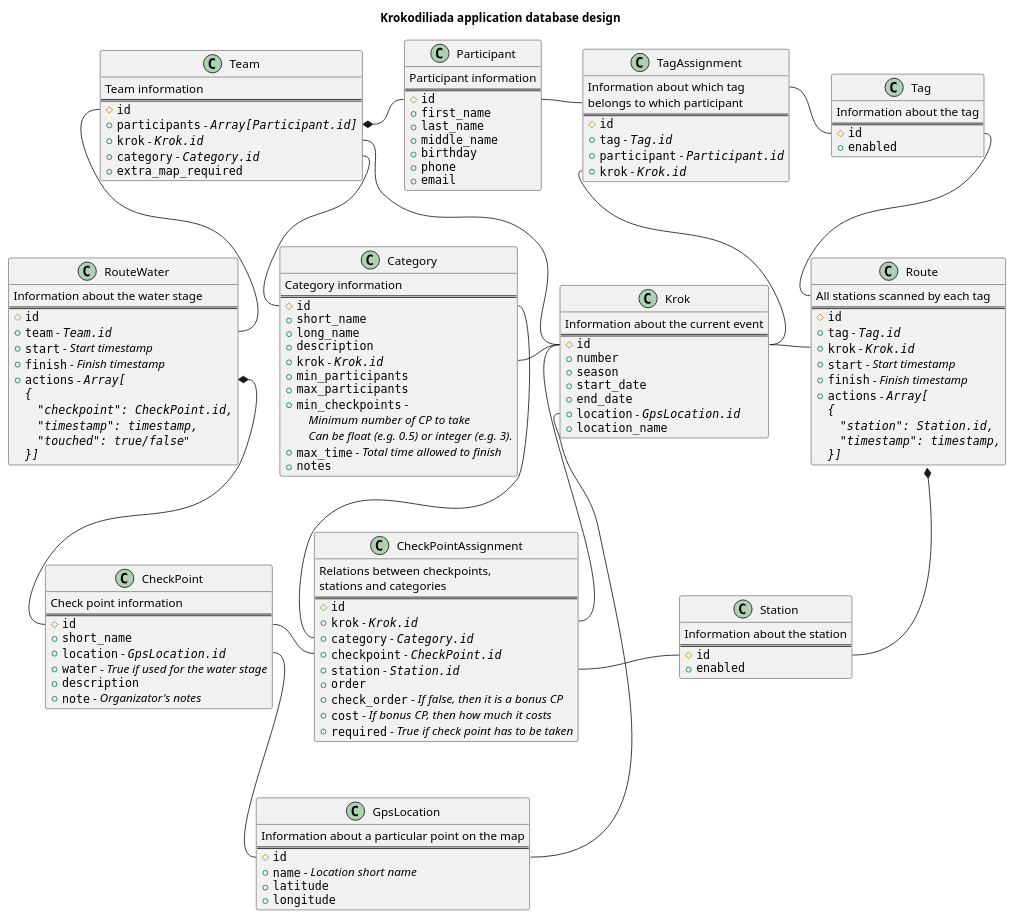
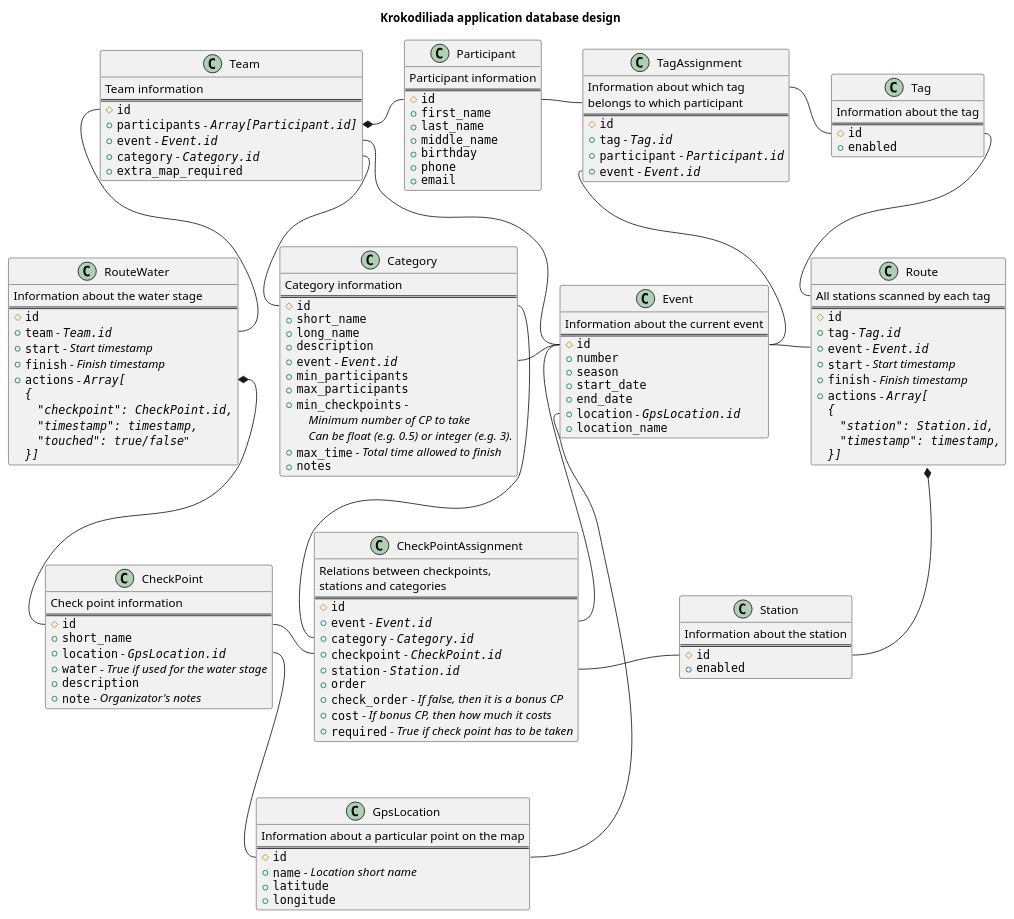
The diagram in schema/schema.puml (krokodiliada/krokapi), drawn with PlantUML before and after one commit. The commit also changed 32 other files, not shown here.

First line of the commit message:
For generalization purposes, rename all 'krok' mentions with event (#6)

```diff
--- a/schema/schema.puml
+++ b/schema/schema.puml
@@ -1,166 +1,166 @@
 @startuml
 
 title Krokodiliada application database design
 
 ' skinparam linetype ortho
 
 class Participant {
   Participant information
   ==
   #""id""
   +""first_name""
   +""last_name""
   +""middle_name""
   +""birthday""
   +""phone""
   +""email""
 }
 
 class Team {
   Team information
   ==
   #""id""
   +""participants"" - //""Array[Participant.id]""//
-  +""krok"" - //""Krok.id""//
+  +""event"" - //""Event.id""//
   +""category"" - //""Category.id""//
   +""extra_map_required""
 }
 
-class Krok {
+class Event {
   Information about the current event
   ==
   #""id""
   +""number""
   +""season""
   +""start_date""
   +""end_date""
   +""location"" - //""GpsLocation.id""//
   +""location_name""
 }
 
 class Category {
   Category information
   ==
   #""id""
   +""short_name""
   +""long_name""
   +""description""
-  +""krok"" - //""Krok.id""//
+  +""event"" - //""Event.id""//
   +""min_participants""
   +""max_participants""
   +""min_checkpoints"" -
   //    Minimum number of CP to take//
   //    Can be float (e.g. 0.5) or integer (e.g. 3).//
   +""max_time"" - //Total time allowed to finish//
   +""notes""
 }
 
 class CheckPoint {
   Check point information
   ==
   #""id""
   +""short_name""
   +""location"" - //""GpsLocation.id""//
   +""water"" - //True if used for the water stage//
   +""description""
   +""note"" - //Organizator's notes//
 }
 
 class CheckPointAssignment {
   Relations between checkpoints,
   stations and categories
   ==
   #""id""
-  +""krok"" - //""Krok.id""//
+  +""event"" - //""Event.id""//
   +""category"" - //""Category.id""//
   +""checkpoint"" - //""CheckPoint.id""//
   +""station"" - //""Station.id""//
   +""order""
   +""check_order"" - //If false, then it is a bonus CP//
   +""cost"" - //If bonus CP, then how much it costs//
   +""required"" - //True if check point has to be taken//
 }
 
 class Station {
   Information about the station
   ==
   #""id""
   +""enabled""
 }
 
 class Tag {
   Information about the tag
   ==
   #""id""
   +""enabled""
 }
 
 class TagAssignment {
   Information about which tag
   belongs to which participant
   ==
   #""id""
   +""tag"" - //""Tag.id""//
   +""participant"" - //""Participant.id""//
-  +""krok"" - //""Krok.id""//
+  +""event"" - //""Event.id""//
 }
 
 class Route {
   All stations scanned by each tag
   ==
   #""id""
   +""tag"" - //""Tag.id""//
-  +""krok"" - //""Krok.id""//
+  +""event"" - //""Event.id""//
   +""start"" - //Start timestamp//
   +""finish"" - //Finish timestamp//
   +""actions"" - //""Array[""//
     //""{""//
     //    ""~"station~": Station.id,""//
     //    ""~"timestamp~": timestamp,""//
     //""}]""//
 }
 
 class RouteWater {
   Information about the water stage
   ==
   #""id""
   +""team"" - //""Team.id""//
   +""start"" - //Start timestamp//
   +""finish"" - //Finish timestamp//
   +""actions"" - //""Array[""//
     //""{""//
     //    ""~"checkpoint~": CheckPoint.id,""//
     //    ""~"timestamp~": timestamp,""//
     //    ""~"touched~": true/false""//"
     //""}]""//
 }
 
 class GpsLocation {
   Information about a particular point on the map
   ==
   #""id""
   +""name"" - //Location short name//
   +""latitude""
   +""longitude""
 }
 
 Team::participant *-right- Participant::id
-Team::krok -- Krok::id
+Team::event -- Event::id
 Team::category -down- Category::id
-Krok::id -left- Category::krok
-Krok::location -- GpsLocation::id
+Event::id -left- Category::event
+Event::location -- GpsLocation::id
 CheckPoint::location -- GpsLocation::id
-CheckPointAssignment::krok -up- Krok::id
+CheckPointAssignment::event -up- Event::id
 CheckPointAssignment::category -left- Category::id
 CheckPointAssignment::checkpoint -left- CheckPoint::id
 CheckPointAssignment::station -right- Station::id
 TagAssignment::tag -right- Tag::id
-TagAssignment::krok -- Krok::id
+TagAssignment::event -- Event::id
 TagAssignment::participant -left- Participant::id
 Route::tag -up- Tag::id
-Route::krok -left- Krok::id
+Route::event -left- Event::id
 Route::punches *-[norank]- Station::id
 RouteWater::team -up- Team::id
 RouteWater::actions *-down- CheckPoint::id
 
 @enduml
```
